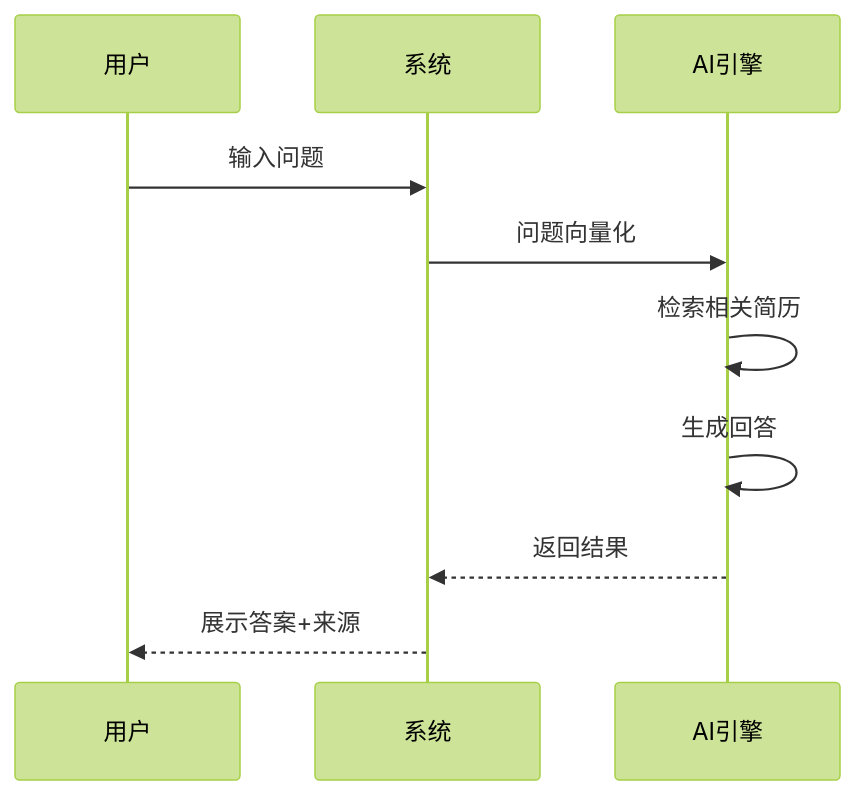
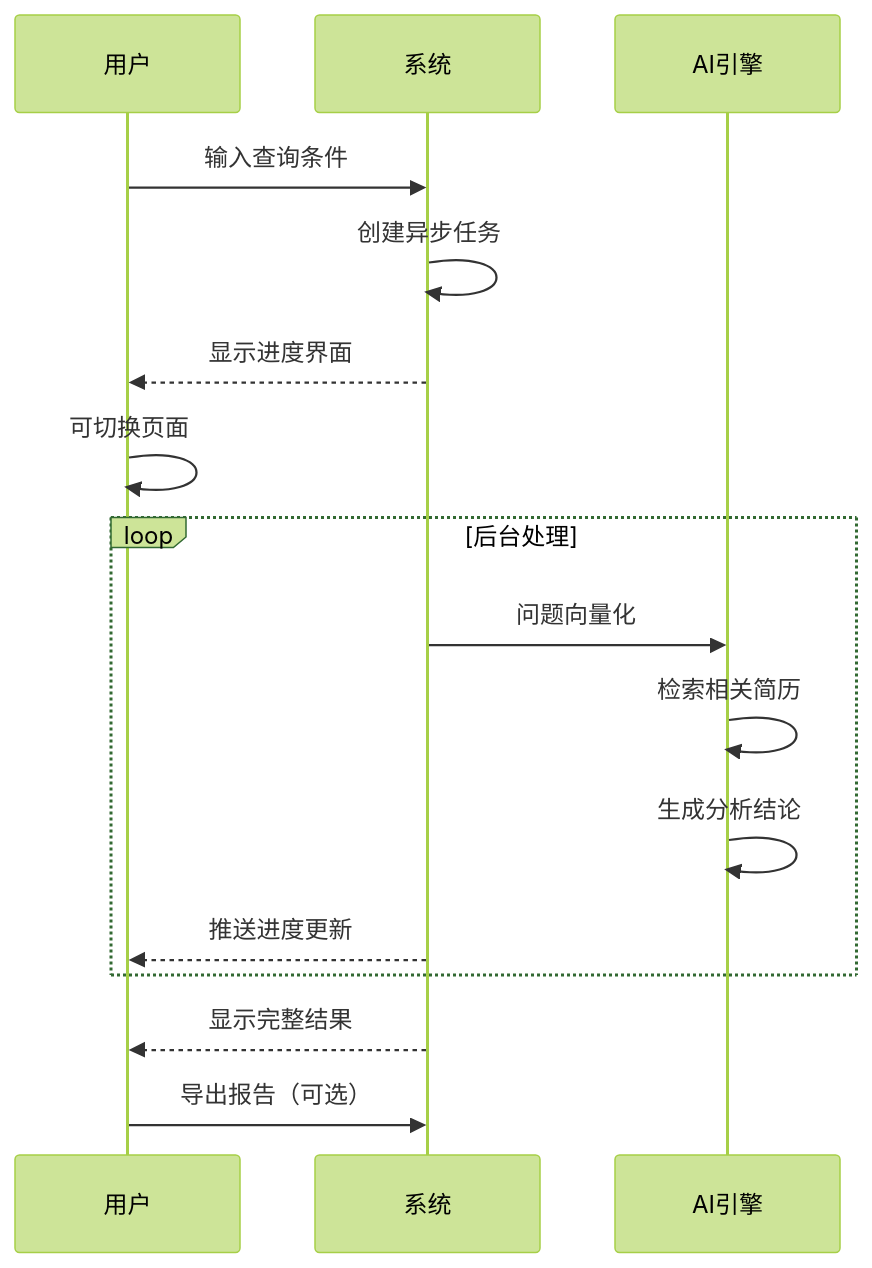
Before and after one commit to xt765/ResumeScreening: the sixth of 8 diagrams in docs/zh/usage.md, drawn with Mermaid (forest theme). The commit also changed other lines of this file and 4 other files, not shown here.

First line of the commit message:
docs: 模仿mermaid-trace格式重写README

````diff
--- a/docs/zh/usage.md
+++ b/docs/zh/usage.md
@@ -257,13 +265,21 @@
 ```mermaid
 sequenceDiagram
     participant U as 用户
     participant S as 系统
     participant A as AI引擎
     
-    U->>S: 输入问题
-    S->>A: 问题向量化
-    A->>A: 检索相关简历
-    A->>A: 生成回答
-    A-->>S: 返回结果
-    S-->>U: 展示答案+来源
+    U->>S: 输入查询条件
+    S->>S: 创建异步任务
+    S-->>U: 显示进度界面
+    U->>U: 可切换页面
+    
+    loop 后台处理
+        S->>A: 问题向量化
+        A->>A: 检索相关简历
+        A->>A: 生成分析结论
+        S-->>U: 推送进度更新
+    end
+    
+    S-->>U: 显示完整结果
+    U->>S: 导出报告（可选）
 ```
````
